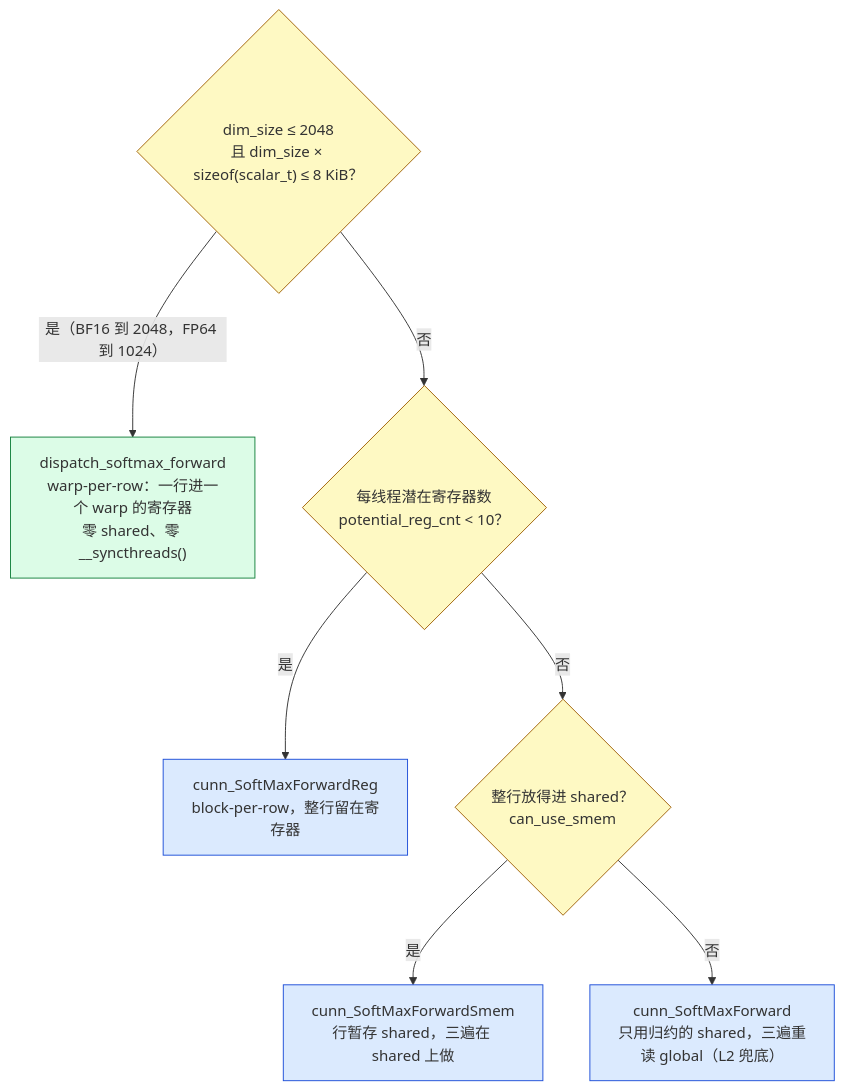
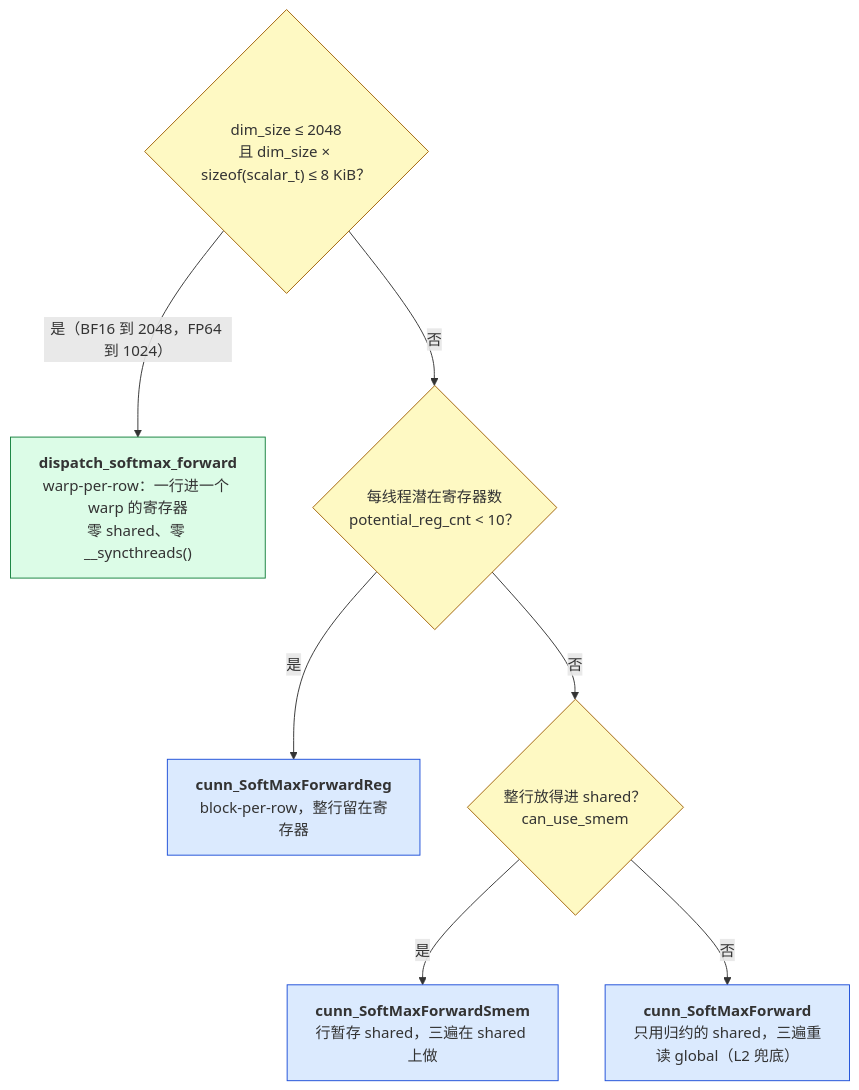
Before and after one commit to arganzheng/arganzheng.github.com: the second of 3 diagrams in _posts/2026-05-14-shared-memory-reduction-and-softmax.md, drawn with Mermaid. The commit also changed other lines of this file and 10 other files, not shown here.

First line of the commit message:
GPU Kernel 工程：从 CUDA 执行模型到 FlashAttention：Mermaid 多行方框的首行标为标题（11 篇）

````diff
--- a/_posts/2026-05-14-shared-memory-reduction-and-softmax.md
+++ b/_posts/2026-05-14-shared-memory-reduction-and-softmax.md
@@ -724,14 +724,14 @@
 ```mermaid
 %% 图：SoftMax.cu 按行长度分派的决策树：warp-per-row、寄存器版、shared 版、全局版四个叶子
 flowchart TB
     classDef q fill:#fef9c3,stroke:#a16207
     classDef k fill:#dbeafe,stroke:#1d4ed8
     classDef k2 fill:#dcfce7,stroke:#15803d
     Q1{"dim_size ≤ 2048<br/>且 dim_size × sizeof(scalar_t) ≤ 8 KiB？"}:::q
-    Q1 -->|"是（BF16 到 2048，FP64 到 1024）"| WS["dispatch_softmax_forward<br/>warp-per-row：一行进一个 warp 的寄存器<br/>零 shared、零 __syncthreads()"]:::k2
+    Q1 -->|"是（BF16 到 2048，FP64 到 1024）"| WS["<b>dispatch_softmax_forward</b><br/>warp-per-row：一行进一个 warp 的寄存器<br/>零 shared、零 __syncthreads()"]:::k2
     Q1 -->|"否"| Q2{"每线程潜在寄存器数<br/>potential_reg_cnt < 10？"}:::q
-    Q2 -->|"是"| REG["cunn_SoftMaxForwardReg<br/>block-per-row，整行留在寄存器"]:::k
+    Q2 -->|"是"| REG["<b>cunn_SoftMaxForwardReg</b><br/>block-per-row，整行留在寄存器"]:::k
     Q2 -->|"否"| Q3{"整行放得进 shared？<br/>can_use_smem"}:::q
-    Q3 -->|"是"| SM["cunn_SoftMaxForwardSmem<br/>行暂存 shared，三遍在 shared 上做"]:::k
-    Q3 -->|"否"| GL["cunn_SoftMaxForward<br/>只用归约的 shared，三遍重读 global（L2 兜底）"]:::k
+    Q3 -->|"是"| SM["<b>cunn_SoftMaxForwardSmem</b><br/>行暂存 shared，三遍在 shared 上做"]:::k
+    Q3 -->|"否"| GL["<b>cunn_SoftMaxForward</b><br/>只用归约的 shared，三遍重读 global（L2 兜底）"]:::k
 ```
````
